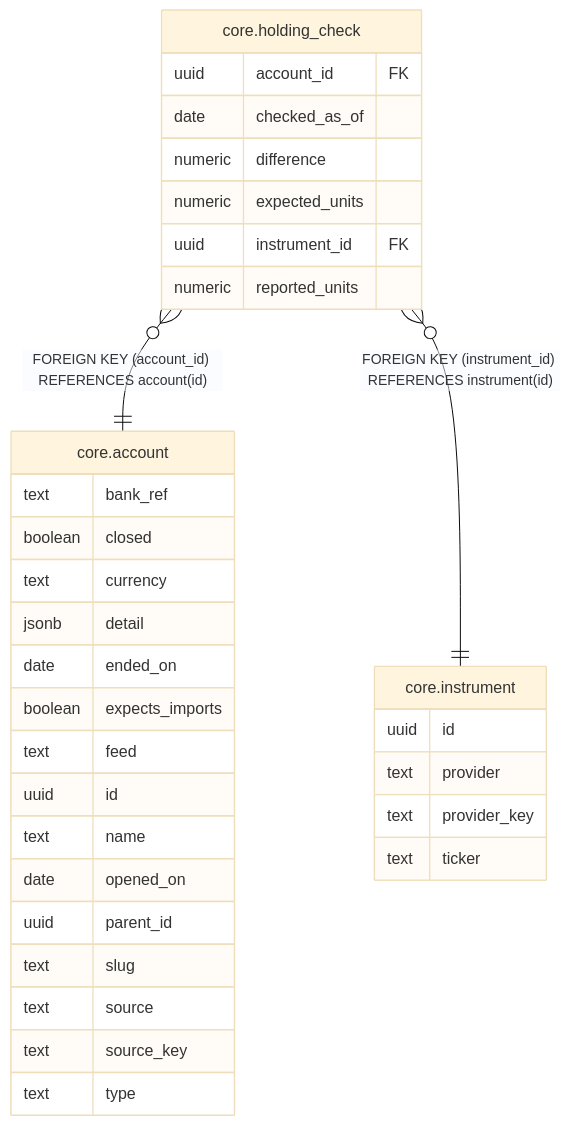
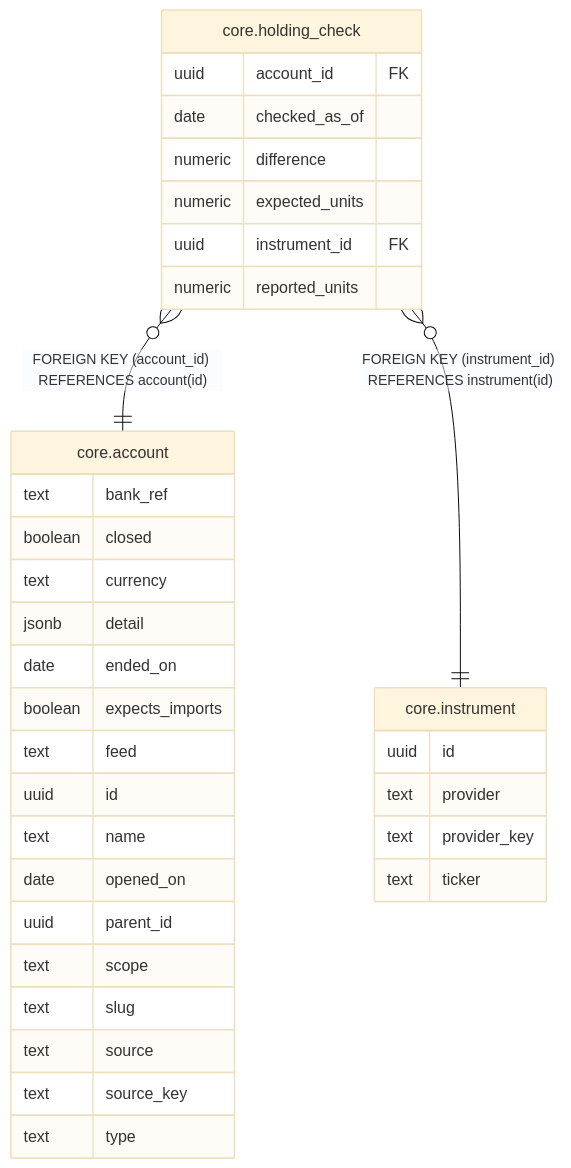
One commit to rknightion/finstore changed the diagram in docs/schema/core.holding_check.md. Above: the diagram before and after it, drawn with Mermaid (base theme). The commit also changed 53 other files, not shown here.

Commit message:
feat(store): add the insights schema foundation (#166)

````diff
--- a/docs/schema/core.holding_check.md
+++ b/docs/schema/core.holding_check.md
@@ -36,38 +36,39 @@
 ```mermaid
 erDiagram
 
 "core.holding_check" }o--|| "core.account" : "FOREIGN KEY (account_id) REFERENCES account(id)"
 "core.holding_check" }o--|| "core.instrument" : "FOREIGN KEY (instrument_id) REFERENCES instrument(id)"
 
 "core.holding_check" {
   uuid account_id FK
   date checked_as_of
   numeric difference
   numeric expected_units
   uuid instrument_id FK
   numeric reported_units
 }
 "core.account" {
   text bank_ref
   boolean closed
   text currency
   jsonb detail
   date ended_on
   boolean expects_imports
   text feed
   uuid id
   text name
   date opened_on
   uuid parent_id
+  text scope
   text slug
   text source
   text source_key
   text type
 }
 "core.instrument" {
   uuid id
   text provider
   text provider_key
   text ticker
 }
 ```
````
